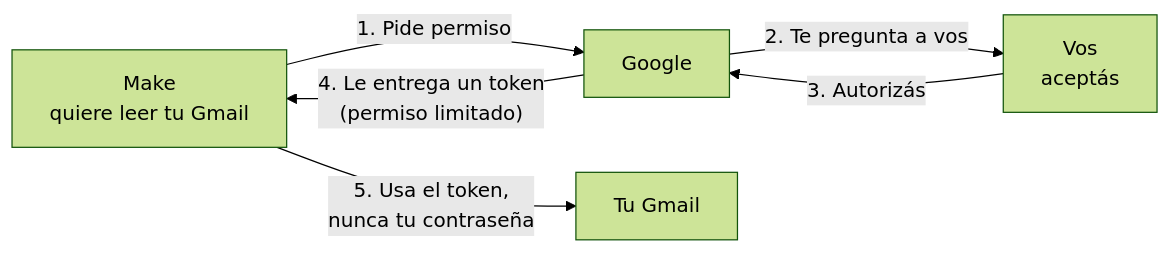
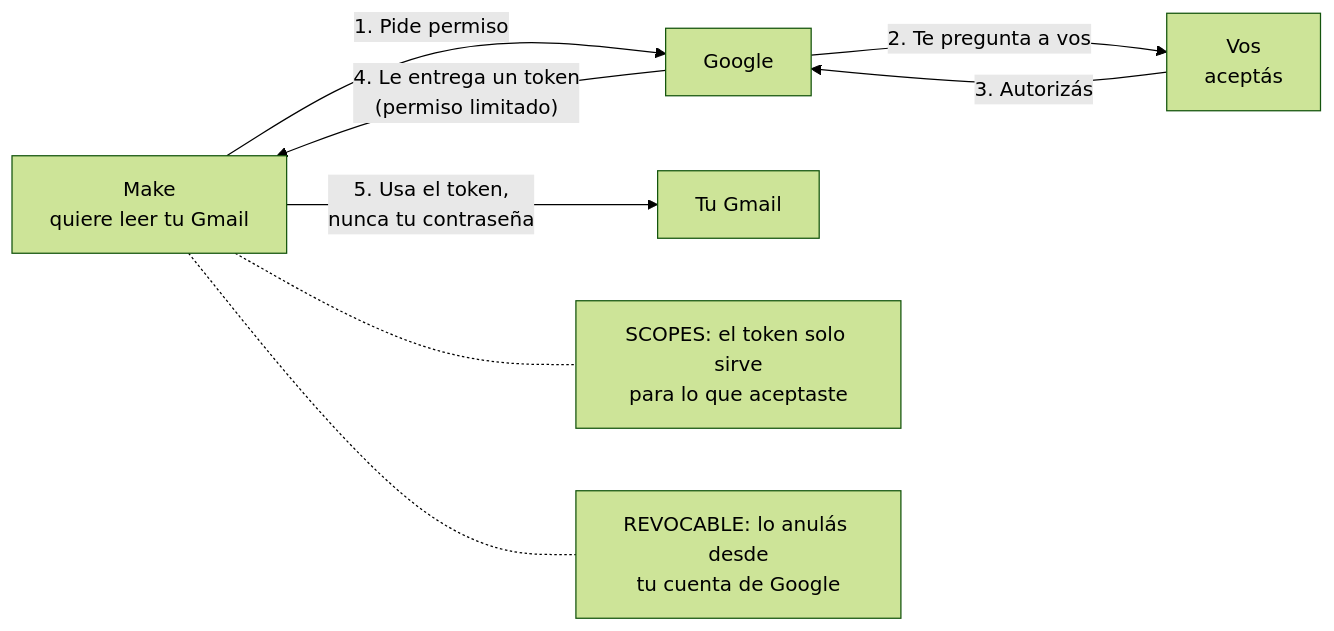
One commit to leanaraque/ai-automation-estudiantes changed the diagram in semana-05/02-conectar-gmail-oauth.md. Above: the diagram before and after it, drawn with Mermaid (forest theme).

Commit message:
Semana 5: diagramas completos en las escenas de Excalidraw

````diff
--- a/semana-05/02-conectar-gmail-oauth.md
+++ b/semana-05/02-conectar-gmail-oauth.md
@@ -13,8 +13,10 @@
 ```mermaid
 flowchart LR
     M["Make<br/>quiere leer tu Gmail"] -- "1. Pide permiso" --> G["Google"]
     G -- "2. Te pregunta a vos" --> U["Vos<br/>aceptás"]
     U -- "3. Autorizás" --> G
     G -- "4. Le entrega un token<br/>(permiso limitado)" --> M
     M -- "5. Usa el token,<br/>nunca tu contraseña" --> GM["Tu Gmail"]
+    M -.- S["SCOPES: el token solo sirve<br/>para lo que aceptaste"]
+    M -.- R["REVOCABLE: lo anulás desde<br/>tu cuenta de Google"]
 ```
````
